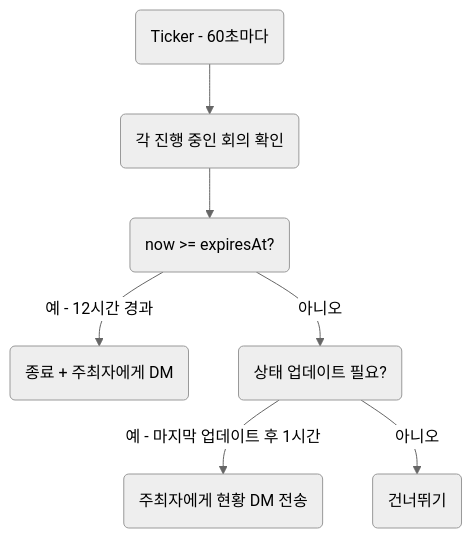
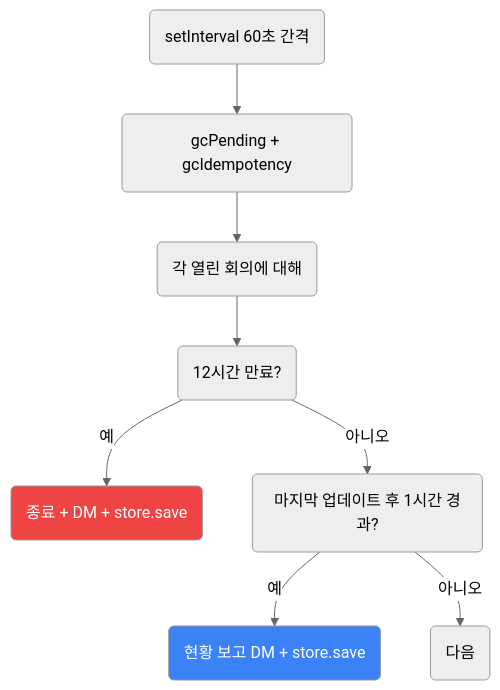
One commit to javana3/claw_meeting_all changed diagram 12 of 13 in README.ko.md. Above: the diagram before and after it, drawn with Mermaid (neutral theme). The commit also changed other lines of this file and 4 other files, not shown here.

First line of the commit message:
docs: rewrite all 5 READMEs with detailed Plugin/Skill flow + diff

````diff
--- a/README.ko.md
+++ b/README.ko.md
@@ -157,9 +365,13 @@
 ```mermaid
 graph TD
-    A(Ticker - 60초마다) --> B(각 진행 중인 회의 확인)
-    B --> C(now >= expiresAt?)
-    C -->|예 - 12시간 경과| D(종료 + 주최자에게 DM)
-    C -->|아니오| E(상태 업데이트 필요?)
-    E -->|예 - 마지막 업데이트 후 1시간| F(주최자에게 현황 DM 전송)
-    E -->|아니오| G(건너뛰기)
+    TICK(setInterval 60초 간격) --> GC(gcPending + gcIdempotency)
+    GC --> LOOP(각 열린 회의에 대해)
+    LOOP --> EXP(12시간 만료?)
+    EXP -->|예| CLOSE(종료 + DM + store.save)
+    EXP -->|아니오| STATUS(마지막 업데이트 후 1시간 경과?)
+    STATUS -->|예| DM(현황 보고 DM + store.save)
+    STATUS -->|아니오| NEXT(다음)
+
+    style CLOSE fill:#ef4444,color:#fff
+    style DM fill:#3b82f6,color:#fff
 ```
````
